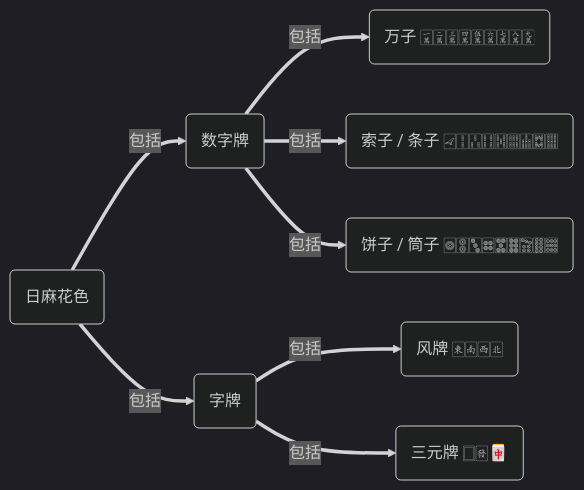
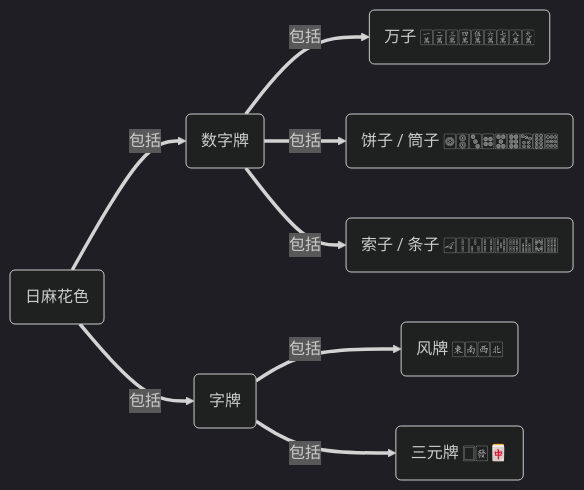
Before and after one commit to sumisos/everybody-wants-some: the first of 3 diagrams in content/game/mahjong-new.md, drawn with Mermaid (dark theme). The commit also changed other lines of this file and 11 other files, not shown here.

```diff
--- a/content/game/mahjong-new.md
+++ b/content/game/mahjong-new.md
@@ -34,10 +35,10 @@
 <div class="mermaid">
 flowchart LR
   suit("日麻花色") ==>|"包括"| num("数字牌")
   suit ==>|"包括"| char("字牌")
-  num ==>|"包括"| man_zi("万子 🀇🀈🀉🀊🀋🀌🀍🀎🀏")
-  num ==>|"包括"| suo_zi("索子 / 条子 🀐🀑🀒🀓🀔🀕🀖🀗🀘")
-  num ==>|"包括"| ping_zi("饼子 / 筒子 🀙🀚🀛🀜🀝🀞🀟🀠🀡")
+  num ==>|"包括"| man_zu("万子 🀇🀈🀉🀊🀋🀌🀍🀎🀏")
+  num ==>|"包括"| pin_zu("饼子 / 筒子 🀙🀚🀛🀜🀝🀞🀟🀠🀡")
+  num ==>|"包括"| so_zu("索子 / 条子 🀐🀑🀒🀓🀔🀕🀖🀗🀘")
   char ==>|"包括"| wind("风牌 🀀🀁🀂🀃")
   char ==>|"包括"| tri("三元牌 🀆🀅🀄")
 </div>
```
